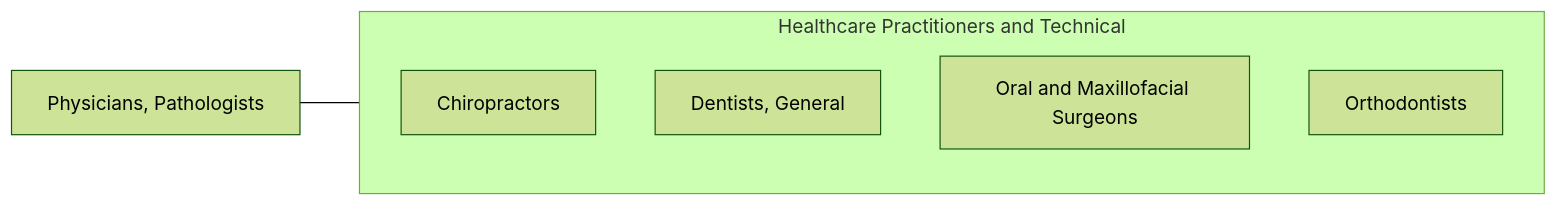
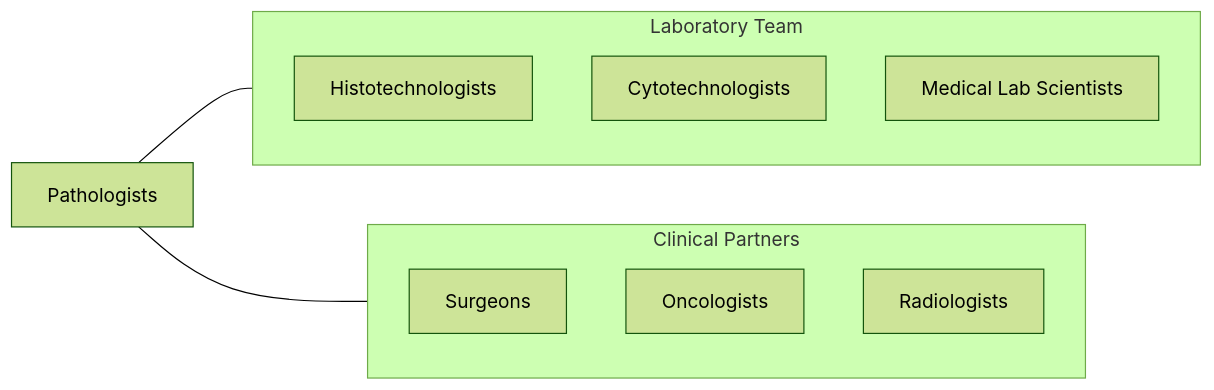
One commit to kziemski/business.org.ai changed the fourth of 4 diagrams in occupations/HealthcarePractitioners/PhysiciansPathologists.mdx. Above: the diagram before and after it, drawn with Mermaid (forest theme). The commit also changed other lines of this file and 938 other files, not shown here.

````diff
--- a/occupations/HealthcarePractitioners/PhysiciansPathologists.mdx
+++ b/occupations/HealthcarePractitioners/PhysiciansPathologists.mdx
@@ -112,13 +185,19 @@
 ```mermaid
 graph LR
-    Current["Physicians, Pathologists"]
+    Current["Pathologists"]
 
-    subgraph SameCategory["Healthcare Practitioners and Technical"]
-        Chiropractors["Chiropractors"]
-        DentistsGeneral["Dentists, General"]
-        OralAndMaxillofacial["Oral and Maxillofacial Surgeons"]
-        Orthodontists["Orthodontists"]
+    subgraph LabTeam["Laboratory Team"]
+        Histotechs["Histotechnologists"]
+        Cytotechs["Cytotechnologists"]
+        MedLabScientists["Medical Lab Scientists"]
     end
 
-    Current --- SameCategory
+    subgraph Clinical["Clinical Partners"]
+        Surgeons["Surgeons"]
+        Oncologists["Oncologists"]
+        Radiologists["Radiologists"]
+    end
+
+    Current --- LabTeam
+    Current --- Clinical
 ```
````
